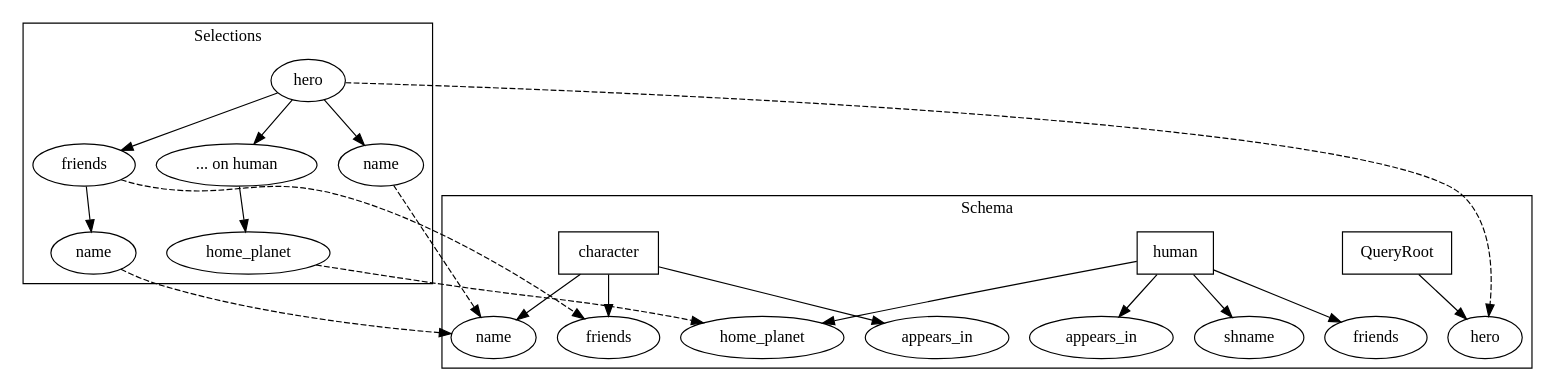
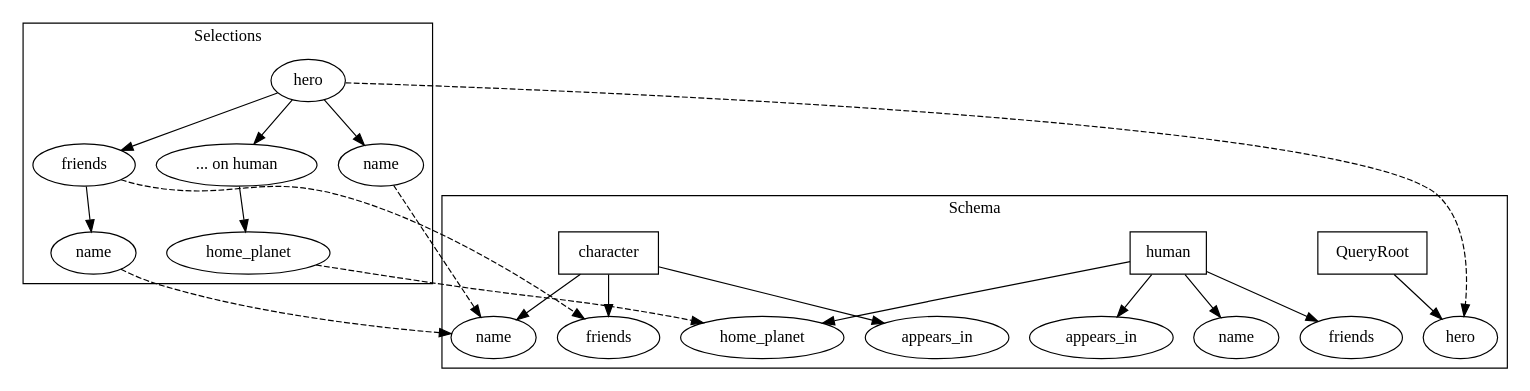
Before and after one commit to walmartlabs/lacinia: the diagram in docs/resolve/selections.rst, drawn with Graphviz.

Commit message:
Correct label on node

```diff
--- a/docs/resolve/selections.rst
+++ b/docs/resolve/selections.rst
@@ -23,57 +23,58 @@
 .. graphviz::
 
    digraph {
 
 
     subgraph cluster_query {
 
       label="Selections"
 
       hero
       name
       friends
       fname [label="name"]
       humanfrag[label="... on human"]
       planet[label="home_planet"]
 
       hero -> {name; humanfrag, friends}
       friends -> fname
       humanfrag -> planet
     }
 
     subgraph cluster_schema {
 
       label="Schema"
 
       node[shape=rectangle]
       sqr [label="QueryRoot"]
       shuman [label="human"]
 
       schar [label="character"]
 
       node[shape=ellipse]
       shero [label="hero"]
 
       sfriends [label="friends"]
       sappears_in [label="appears_in"]
 
       sname [label="name"]
       shriends [label="friends"]
       shappears_in [label="appears_in"]
+      shname[label="name"]
       splanet [label="home_planet"]
 
       sqr -> shero
       schar -> { sname, sfriends, sappears_in}
       shuman -> { shname, shriends, shappears_in, splanet }
 
     }
 
       edge[style=dashed]
 
       name -> sname
       hero -> shero
       planet -> splanet
       friends -> sfriends
       fname -> sname
 
    }
```
